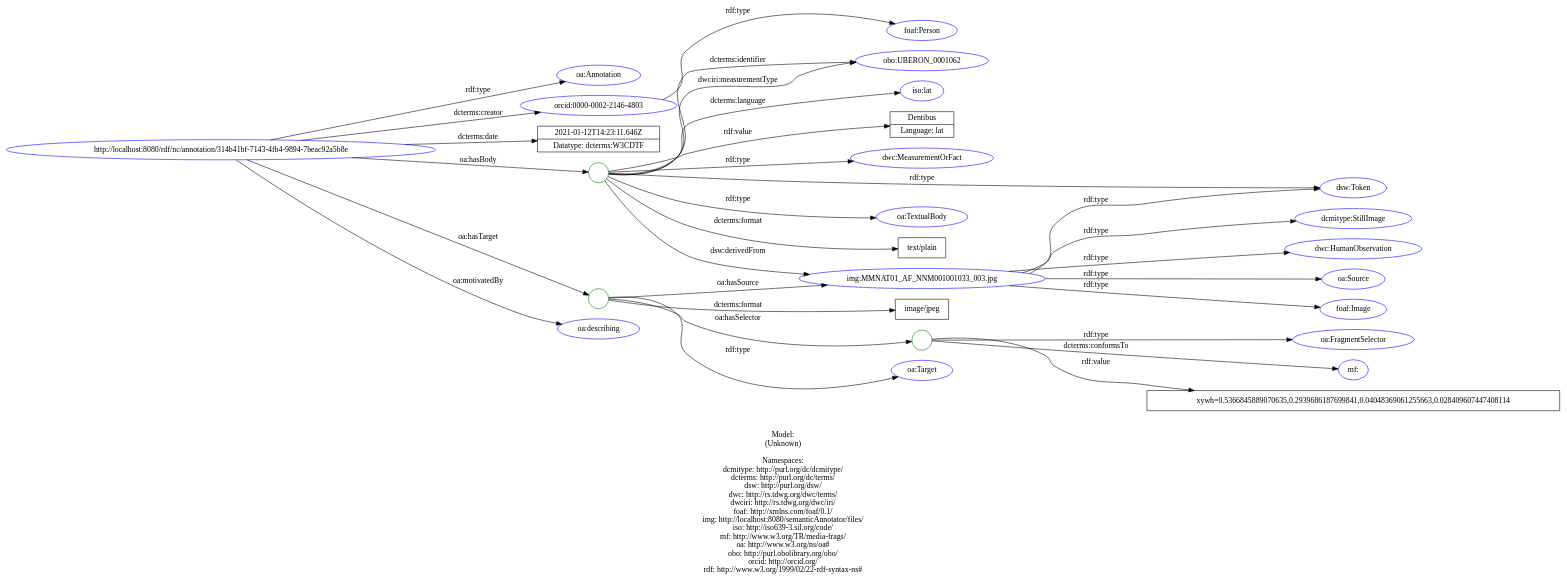
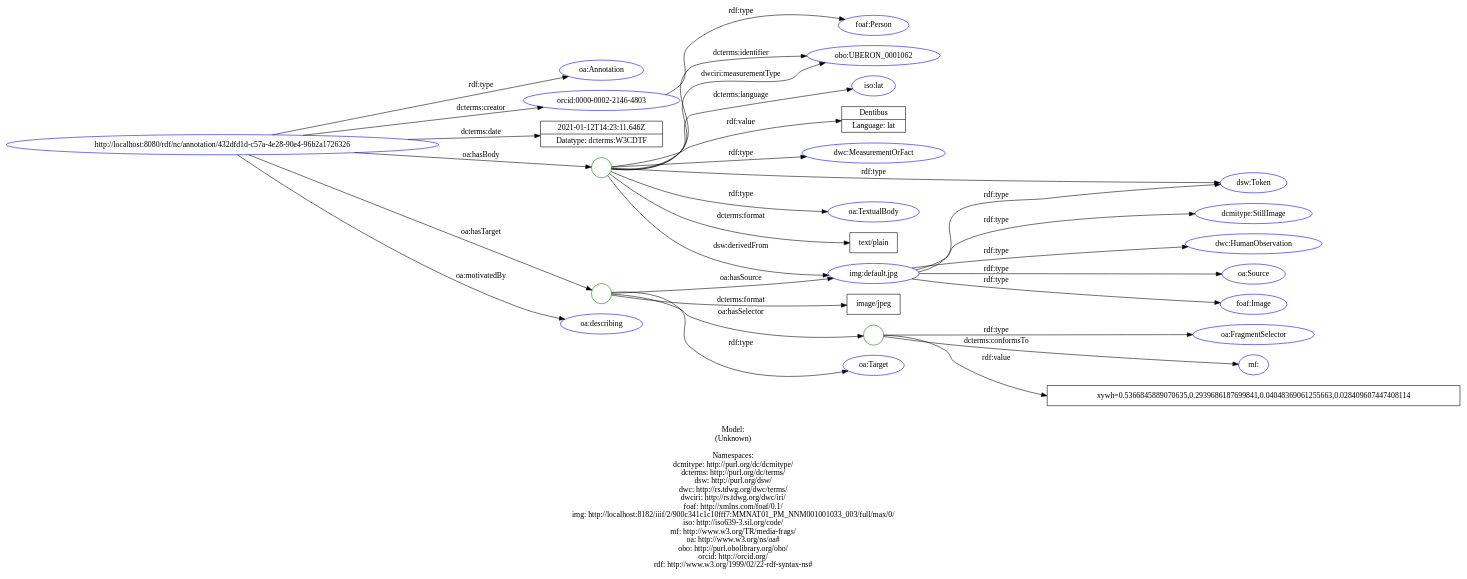
The diagram in doc/models/example_6_1.dot (lisestork/SFB-Annotator), drawn with Graphviz before and after one commit. The commit also changed 23 other files, not shown here.

Commit message:
Update RDF graphs & SVG plots.

```diff
--- a/doc/models/example_6_1.dot
+++ b/doc/models/example_6_1.dot
@@ -1,67 +1,67 @@
 digraph {
 	rankdir = LR;
 	charset="utf-8";
 
-	"Rhttp://localhost:8080/rdf/nc/annotation/314b41bf-7143-4fb4-9894-7beac92a5b8e" -> "Roa:Annotation" [ label="rdf:type" ];
-	"Rhttp://localhost:8080/rdf/nc/annotation/314b41bf-7143-4fb4-9894-7beac92a5b8e" -> "Rorcid:0000-0002-2146-4803" [ label="dcterms:creator" ];
-	"Rhttp://localhost:8080/rdf/nc/annotation/314b41bf-7143-4fb4-9894-7beac92a5b8e" -> "L2021-01-12T14:23:11.646Z|Datatype: dcterms:W3CDTF" [ label="dcterms:date" ];
-	"Rhttp://localhost:8080/rdf/nc/annotation/314b41bf-7143-4fb4-9894-7beac92a5b8e" -> "B_:node1f0go8rutx32" [ label="oa:hasBody" ];
-	"B_:node1f0go8rutx32" -> "Rdsw:Token" [ label="rdf:type" ];
-	"B_:node1f0go8rutx32" -> "Rdwc:MeasurementOrFact" [ label="rdf:type" ];
-	"B_:node1f0go8rutx32" -> "Roa:TextualBody" [ label="rdf:type" ];
-	"B_:node1f0go8rutx32" -> "Ltext/plain" [ label="dcterms:format" ];
-	"B_:node1f0go8rutx32" -> "Robo:UBERON_0001062" [ label="dcterms:identifier" ];
-	"B_:node1f0go8rutx32" -> "Riso:lat" [ label="dcterms:language" ];
-	"B_:node1f0go8rutx32" -> "Rimg:MMNAT01_AF_NNM001001033_003.jpg" [ label="dsw:derivedFrom" ];
-	"B_:node1f0go8rutx32" -> "Robo:UBERON_0001062" [ label="dwciri:measurementType" ];
-	"B_:node1f0go8rutx32" -> "LDentibus|Language: lat" [ label="rdf:value" ];
-	"Rhttp://localhost:8080/rdf/nc/annotation/314b41bf-7143-4fb4-9894-7beac92a5b8e" -> "B_:node1f0go8rutx31" [ label="oa:hasTarget" ];
-	"B_:node1f0go8rutx31" -> "Roa:Target" [ label="rdf:type" ];
-	"B_:node1f0go8rutx31" -> "Limage/jpeg" [ label="dcterms:format" ];
-	"B_:node1f0go8rutx31" -> "B_:node1f0go8rutx34" [ label="oa:hasSelector" ];
-	"B_:node1f0go8rutx34" -> "Roa:FragmentSelector" [ label="rdf:type" ];
-	"B_:node1f0go8rutx34" -> "Rmf:" [ label="dcterms:conformsTo" ];
-	"B_:node1f0go8rutx34" -> "Lxywh=0.5366845889070635,0.2939686187699841,0.04048369061255663,0.028409607447408114" [ label="rdf:value" ];
-	"B_:node1f0go8rutx31" -> "Rimg:MMNAT01_AF_NNM001001033_003.jpg" [ label="oa:hasSource" ];
-	"Rhttp://localhost:8080/rdf/nc/annotation/314b41bf-7143-4fb4-9894-7beac92a5b8e" -> "Roa:describing" [ label="oa:motivatedBy" ];
+	"Rhttp://localhost:8080/rdf/nc/annotation/432dfd1d-c57a-4e28-90e4-96b2a1726326" -> "Roa:Annotation" [ label="rdf:type" ];
+	"Rhttp://localhost:8080/rdf/nc/annotation/432dfd1d-c57a-4e28-90e4-96b2a1726326" -> "Rorcid:0000-0002-2146-4803" [ label="dcterms:creator" ];
+	"Rhttp://localhost:8080/rdf/nc/annotation/432dfd1d-c57a-4e28-90e4-96b2a1726326" -> "L2021-01-12T14:23:11.646Z|Datatype: dcterms:W3CDTF" [ label="dcterms:date" ];
+	"Rhttp://localhost:8080/rdf/nc/annotation/432dfd1d-c57a-4e28-90e4-96b2a1726326" -> "B_:node1f0gq2gelx75" [ label="oa:hasBody" ];
+	"B_:node1f0gq2gelx75" -> "Rdsw:Token" [ label="rdf:type" ];
+	"B_:node1f0gq2gelx75" -> "Rdwc:MeasurementOrFact" [ label="rdf:type" ];
+	"B_:node1f0gq2gelx75" -> "Roa:TextualBody" [ label="rdf:type" ];
+	"B_:node1f0gq2gelx75" -> "Ltext/plain" [ label="dcterms:format" ];
+	"B_:node1f0gq2gelx75" -> "Robo:UBERON_0001062" [ label="dcterms:identifier" ];
+	"B_:node1f0gq2gelx75" -> "Riso:lat" [ label="dcterms:language" ];
+	"B_:node1f0gq2gelx75" -> "Rimg:default.jpg" [ label="dsw:derivedFrom" ];
+	"B_:node1f0gq2gelx75" -> "Robo:UBERON_0001062" [ label="dwciri:measurementType" ];
+	"B_:node1f0gq2gelx75" -> "LDentibus|Language: lat" [ label="rdf:value" ];
+	"Rhttp://localhost:8080/rdf/nc/annotation/432dfd1d-c57a-4e28-90e4-96b2a1726326" -> "B_:node1f0gq2gelx74" [ label="oa:hasTarget" ];
+	"B_:node1f0gq2gelx74" -> "Roa:Target" [ label="rdf:type" ];
+	"B_:node1f0gq2gelx74" -> "Limage/jpeg" [ label="dcterms:format" ];
+	"B_:node1f0gq2gelx74" -> "B_:node1f0gq2gelx77" [ label="oa:hasSelector" ];
+	"B_:node1f0gq2gelx77" -> "Roa:FragmentSelector" [ label="rdf:type" ];
+	"B_:node1f0gq2gelx77" -> "Rmf:" [ label="dcterms:conformsTo" ];
+	"B_:node1f0gq2gelx77" -> "Lxywh=0.5366845889070635,0.2939686187699841,0.04048369061255663,0.028409607447408114" [ label="rdf:value" ];
+	"B_:node1f0gq2gelx74" -> "Rimg:default.jpg" [ label="oa:hasSource" ];
+	"Rhttp://localhost:8080/rdf/nc/annotation/432dfd1d-c57a-4e28-90e4-96b2a1726326" -> "Roa:describing" [ label="oa:motivatedBy" ];
 	"Rorcid:0000-0002-2146-4803" -> "Rfoaf:Person" [ label="rdf:type" ];
-	"Rimg:MMNAT01_AF_NNM001001033_003.jpg" -> "Rdcmitype:StillImage" [ label="rdf:type" ];
-	"Rimg:MMNAT01_AF_NNM001001033_003.jpg" -> "Rdsw:Token" [ label="rdf:type" ];
-	"Rimg:MMNAT01_AF_NNM001001033_003.jpg" -> "Rdwc:HumanObservation" [ label="rdf:type" ];
-	"Rimg:MMNAT01_AF_NNM001001033_003.jpg" -> "Roa:Source" [ label="rdf:type" ];
-	"Rimg:MMNAT01_AF_NNM001001033_003.jpg" -> "Rfoaf:Image" [ label="rdf:type" ];
+	"Rimg:default.jpg" -> "Rdcmitype:StillImage" [ label="rdf:type" ];
+	"Rimg:default.jpg" -> "Rdsw:Token" [ label="rdf:type" ];
+	"Rimg:default.jpg" -> "Rdwc:HumanObservation" [ label="rdf:type" ];
+	"Rimg:default.jpg" -> "Roa:Source" [ label="rdf:type" ];
+	"Rimg:default.jpg" -> "Rfoaf:Image" [ label="rdf:type" ];
 
 	// Resources
-	"Rhttp://localhost:8080/rdf/nc/annotation/314b41bf-7143-4fb4-9894-7beac92a5b8e" [ label="http://localhost:8080/rdf/nc/annotation/314b41bf-7143-4fb4-9894-7beac92a5b8e", shape = ellipse, color = blue ];
+	"Rhttp://localhost:8080/rdf/nc/annotation/432dfd1d-c57a-4e28-90e4-96b2a1726326" [ label="http://localhost:8080/rdf/nc/annotation/432dfd1d-c57a-4e28-90e4-96b2a1726326", shape = ellipse, color = blue ];
 	"Roa:Annotation" [ label="oa:Annotation", shape = ellipse, color = blue ];
 	"Rorcid:0000-0002-2146-4803" [ label="orcid:0000-0002-2146-4803", shape = ellipse, color = blue ];
 	"Rdsw:Token" [ label="dsw:Token", shape = ellipse, color = blue ];
 	"Rdwc:MeasurementOrFact" [ label="dwc:MeasurementOrFact", shape = ellipse, color = blue ];
 	"Roa:TextualBody" [ label="oa:TextualBody", shape = ellipse, color = blue ];
 	"Robo:UBERON_0001062" [ label="obo:UBERON_0001062", shape = ellipse, color = blue ];
 	"Riso:lat" [ label="iso:lat", shape = ellipse, color = blue ];
-	"Rimg:MMNAT01_AF_NNM001001033_003.jpg" [ label="img:MMNAT01_AF_NNM001001033_003.jpg", shape = ellipse, color = blue ];
+	"Rimg:default.jpg" [ label="img:default.jpg", shape = ellipse, color = blue ];
 	"Roa:Target" [ label="oa:Target", shape = ellipse, color = blue ];
 	"Roa:FragmentSelector" [ label="oa:FragmentSelector", shape = ellipse, color = blue ];
 	"Rmf:" [ label="mf:", shape = ellipse, color = blue ];
 	"Roa:describing" [ label="oa:describing", shape = ellipse, color = blue ];
 	"Rfoaf:Person" [ label="foaf:Person", shape = ellipse, color = blue ];
 	"Rdcmitype:StillImage" [ label="dcmitype:StillImage", shape = ellipse, color = blue ];
 	"Rdwc:HumanObservation" [ label="dwc:HumanObservation", shape = ellipse, color = blue ];
 	"Roa:Source" [ label="oa:Source", shape = ellipse, color = blue ];
 	"Rfoaf:Image" [ label="foaf:Image", shape = ellipse, color = blue ];
 
 	// Anonymous nodes
-	"B_:node1f0go8rutx32" [ label="", shape = circle, color = green ];
-	"B_:node1f0go8rutx31" [ label="", shape = circle, color = green ];
-	"B_:node1f0go8rutx34" [ label="", shape = circle, color = green ];
+	"B_:node1f0gq2gelx75" [ label="", shape = circle, color = green ];
+	"B_:node1f0gq2gelx74" [ label="", shape = circle, color = green ];
+	"B_:node1f0gq2gelx77" [ label="", shape = circle, color = green ];
 
 	// Literals
 	"L2021-01-12T14:23:11.646Z|Datatype: dcterms:W3CDTF" [ label="2021-01-12T14:23:11.646Z|Datatype: dcterms:W3CDTF", shape = record ];
 	"Ltext/plain" [ label="text/plain", shape = record ];
 	"LDentibus|Language: lat" [ label="Dentibus|Language: lat", shape = record ];
 	"Limage/jpeg" [ label="image/jpeg", shape = record ];
 	"Lxywh=0.5366845889070635,0.2939686187699841,0.04048369061255663,0.028409607447408114" [ label="xywh=0.5366845889070635,0.2939686187699841,0.04048369061255663,0.028409607447408114", shape = record ];
 
-	label="\n\nModel:\n(Unknown)\n\nNamespaces:\ndcmitype: http://purl.org/dc/dcmitype/\ndcterms: http://purl.org/dc/terms/\ndsw: http://purl.org/dsw/\ndwc: http://rs.tdwg.org/dwc/terms/\ndwciri: http://rs.tdwg.org/dwc/iri/\nfoaf: http://xmlns.com/foaf/0.1/\nimg: http://localhost:8080/semanticAnnotator/files/\niso: http://iso639-3.sil.org/code/\nmf: http://www.w3.org/TR/media-frags/\noa: http://www.w3.org/ns/oa#\nobo: http://purl.obolibrary.org/obo/\norcid: http://orcid.org/\nrdf: http://www.w3.org/1999/02/22-rdf-syntax-ns#\n";
+	label="\n\nModel:\n(Unknown)\n\nNamespaces:\ndcmitype: http://purl.org/dc/dcmitype/\ndcterms: http://purl.org/dc/terms/\ndsw: http://purl.org/dsw/\ndwc: http://rs.tdwg.org/dwc/terms/\ndwciri: http://rs.tdwg.org/dwc/iri/\nfoaf: http://xmlns.com/foaf/0.1/\nimg: http://localhost:8182/iiif/2/900c341c1c10fff7:MMNAT01_PM_NNM001001033_003/full/max/0/\niso: http://iso639-3.sil.org/code/\nmf: http://www.w3.org/TR/media-frags/\noa: http://www.w3.org/ns/oa#\nobo: http://purl.obolibrary.org/obo/\norcid: http://orcid.org/\nrdf: http://www.w3.org/1999/02/22-rdf-syntax-ns#\n";
 }
```
